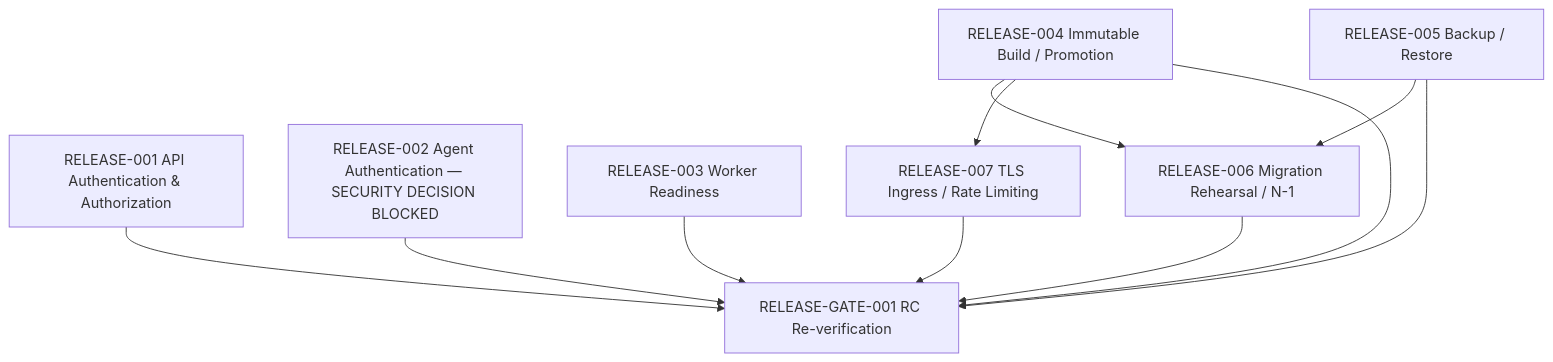
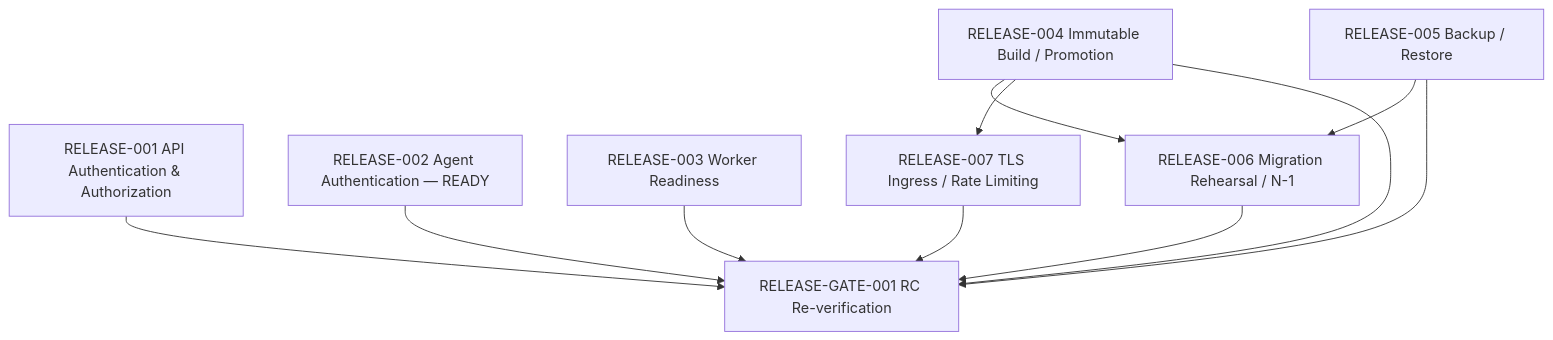
The diagram in docs/release/RELEASE_DEPENDENCY_GRAPH.md (duclee9x/itcenter), drawn with Mermaid before and after one commit. The commit also changed other lines of this file and 17 other files, not shown here.

Commit message:
Complete RELEASE-002-R1 Agent mTLS contract

````diff
--- a/docs/release/RELEASE_DEPENDENCY_GRAPH.md
+++ b/docs/release/RELEASE_DEPENDENCY_GRAPH.md
@@ -6,23 +6,23 @@
 ```mermaid
 flowchart TD
   R001[RELEASE-001 API Authentication & Authorization]
-  R002[RELEASE-002 Agent Authentication — SECURITY DECISION BLOCKED]
+  R002[RELEASE-002 Agent Authentication — READY]
   R003[RELEASE-003 Worker Readiness]
   R004[RELEASE-004 Immutable Build / Promotion]
   R005[RELEASE-005 Backup / Restore]
   R006[RELEASE-006 Migration Rehearsal / N-1]
   R007[RELEASE-007 TLS Ingress / Rate Limiting]
   G001[RELEASE-GATE-001 RC Re-verification]
 
   R004 --> R006
   R005 --> R006
   R004 --> R007
 
   R001 --> G001
   R002 --> G001
   R003 --> G001
   R004 --> G001
   R005 --> G001
   R006 --> G001
   R007 --> G001
 ```
````
